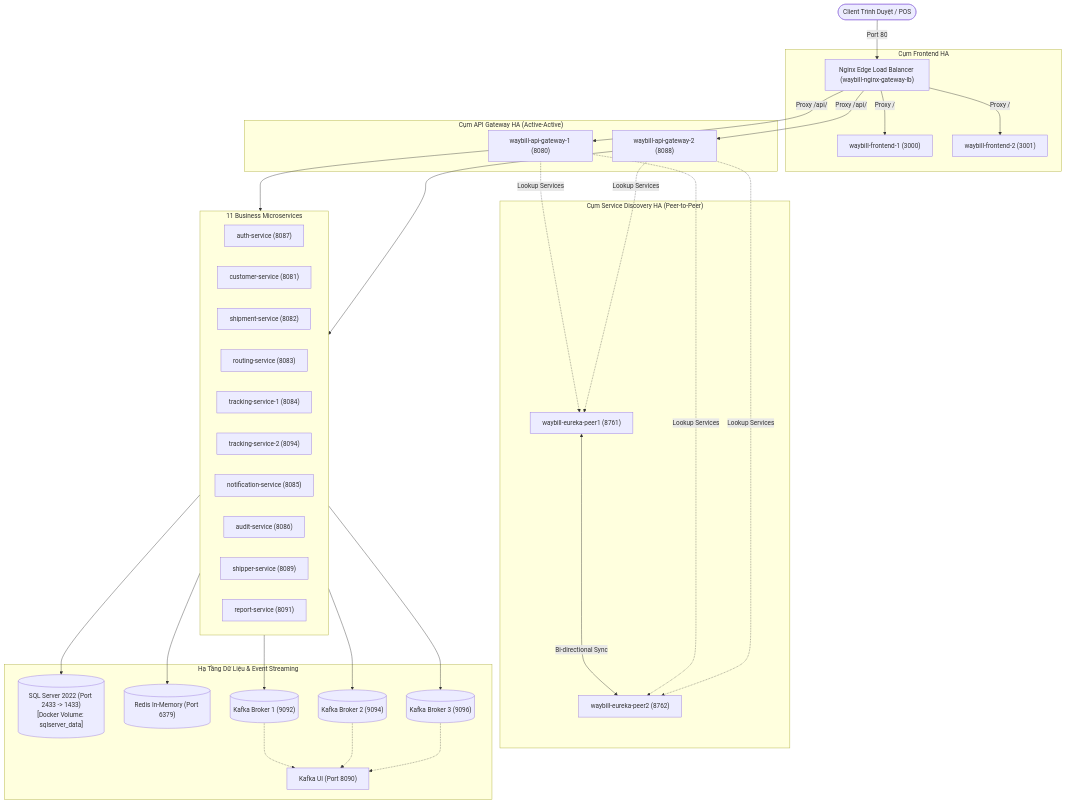
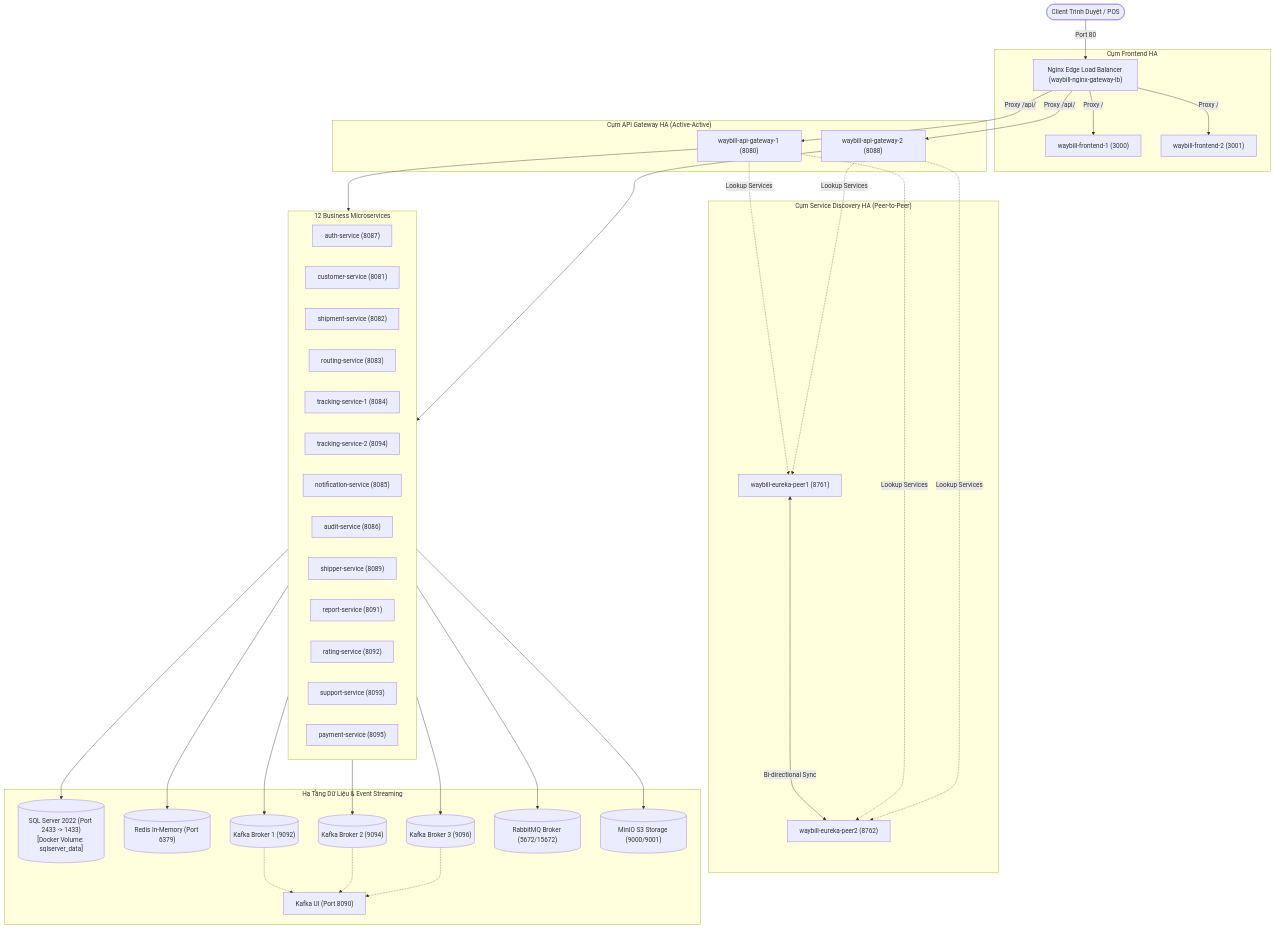
One commit to Khanhnv26/Mini-Waybill-Platform---VNPT-Cloud changed the diagram in docs/10-docker-containerization-and-ha-orchestration.md. Above: the diagram before and after it, drawn with Mermaid. The commit also changed other lines of this file and 12 other files, not shown here.

````diff
--- a/docs/10-docker-containerization-and-ha-orchestration.md
+++ b/docs/10-docker-containerization-and-ha-orchestration.md
@@ -154,49 +154,56 @@
 ```mermaid
 flowchart TB
     Client(["Client Trình Duyệt / POS"]) -->|"Port 80"| Nginx["Nginx Edge Load Balancer (waybill-nginx-gateway-lb)"]
 
     subgraph FrontendCluster [" Cụm Frontend HA "]
         Nginx -->|"Proxy /"| Fe1["waybill-frontend-1 (3000)"]
         Nginx -->|"Proxy /"| Fe2["waybill-frontend-2 (3001)"]
     end
 
     subgraph GatewayCluster [" Cụm API Gateway HA (Active-Active) "]
         Nginx -->|"Proxy /api/"| GW1["waybill-api-gateway-1 (8080)"]
         Nginx -->|"Proxy /api/"| GW2["waybill-api-gateway-2 (8088)"]
     end
 
     subgraph RegistryCluster [" Cụm Service Discovery HA (Peer-to-Peer) "]
         Eureka1["waybill-eureka-peer1 (8761)"] <-->|"Bi-directional Sync"| Eureka2["waybill-eureka-peer2 (8762)"]
     end
 
     GW1 & GW2 -.->|"Lookup Services"| Eureka1 & Eureka2
 
-    subgraph BusinessServices [" 11 Business Microservices "]
+    subgraph BusinessServices [" 12 Business Microservices "]
         Auth["auth-service (8087)"]
         Cust["customer-service (8081)"]
         Ship["shipment-service (8082)"]
         Route["routing-service (8083)"]
         Track1["tracking-service-1 (8084)"]
         Track2["tracking-service-2 (8094)"]
         Noti["notification-service (8085)"]
         Audit["audit-service (8086)"]
         Shipper["shipper-service (8089)"]
         Report["report-service (8091)"]
+        Rating["rating-service (8092)"]
+        Support["support-service (8093)"]
+        Payment["payment-service (8095)"]
     end
 
     GW1 & GW2 --> BusinessServices
 
     subgraph InfraCluster [" Hạ Tầng Dữ Liệu & Event Streaming "]
         SQL[("SQL Server 2022 (Port 2433 -> 1433)\n[Docker Volume: sqlserver_data]")]
         Redis[("Redis In-Memory (Port 6379)")]
         Kafka1[("Kafka Broker 1 (9092)")]
         Kafka2[("Kafka Broker 2 (9094)")]
         Kafka3[("Kafka Broker 3 (9096)")]
+        RabbitMQ[("RabbitMQ Broker (5672/15672)")]
+        MinIO[("MinIO S3 Storage (9000/9001)")]
         KafkaUI["Kafka UI (Port 8090)"]
     end
 
     BusinessServices --> SQL
     BusinessServices --> Redis
     BusinessServices --> Kafka1 & Kafka2 & Kafka3
+    BusinessServices --> RabbitMQ
+    BusinessServices --> MinIO
     Kafka1 & Kafka2 & Kafka3 -.-> KafkaUI
 ```
````
